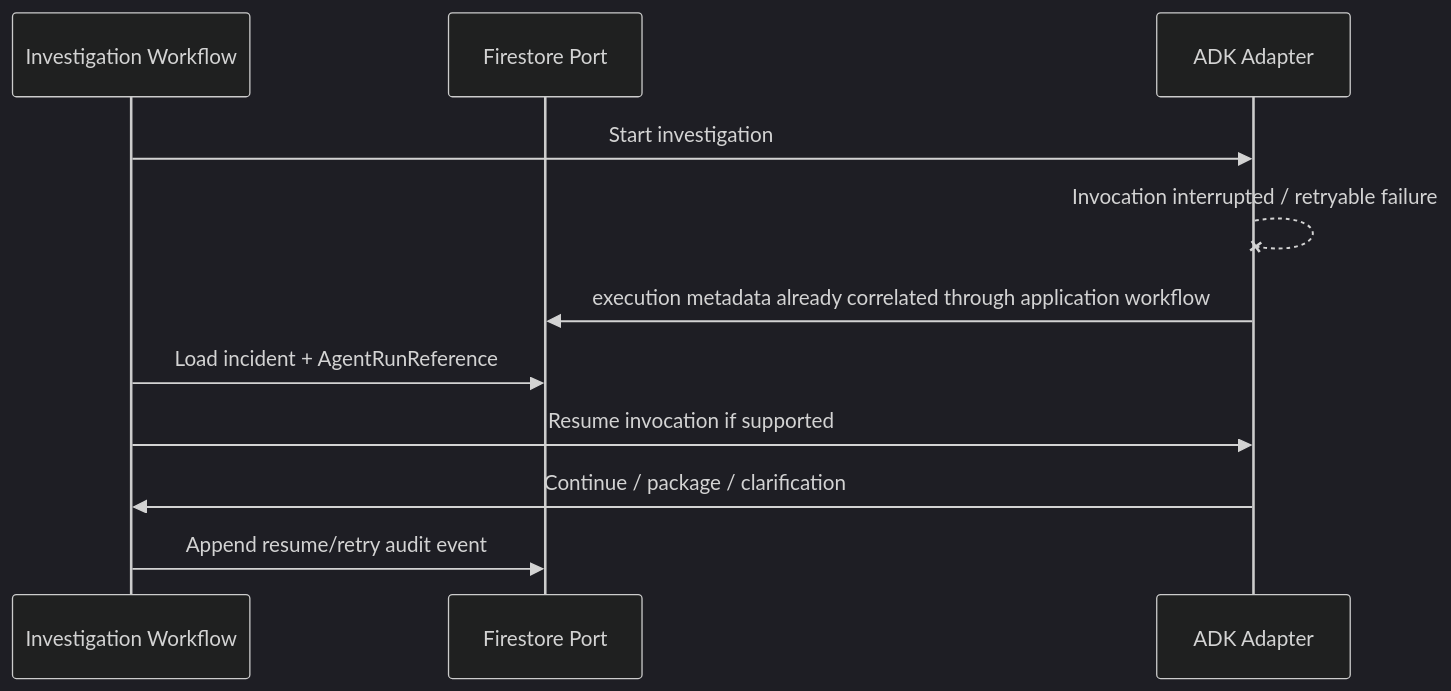
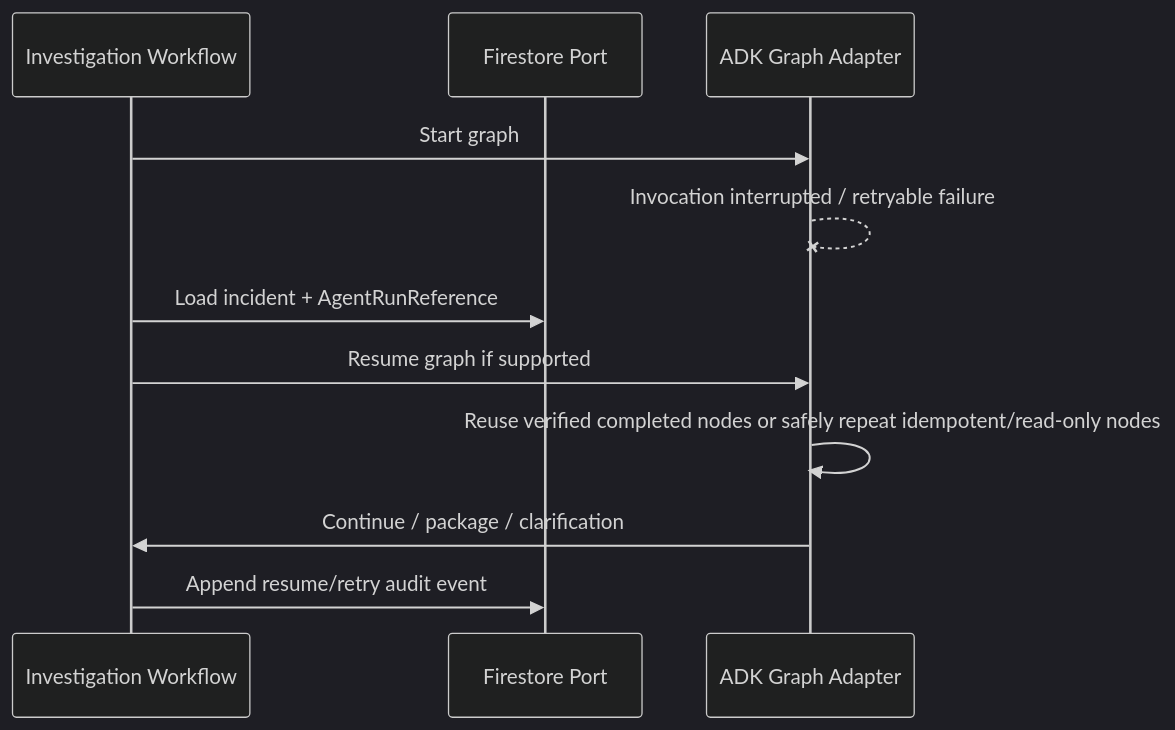
One commit to ronnielutaro/Ngabo-AMR-Surveillance changed the eighth of 11 diagrams in docs/SYSTEM_DESIGN.md. Above: the diagram before and after it, drawn with Mermaid (dark theme). The commit also changed other lines of this file, not shown here.

Commit message:
docs(architecture): show graph-first investigation design

````diff
--- a/docs/SYSTEM_DESIGN.md
+++ b/docs/SYSTEM_DESIGN.md
@@ -367,14 +449,14 @@
 ```mermaid
 sequenceDiagram
     participant App as Investigation Workflow
     participant Repo as Firestore Port
-    participant ADK as ADK Adapter
+    participant ADK as ADK Graph Adapter
 
-    App->>ADK: Start investigation
+    App->>ADK: Start graph
     ADK--xADK: Invocation interrupted / retryable failure
-    ADK->>Repo: execution metadata already correlated through application workflow
     App->>Repo: Load incident + AgentRunReference
-    App->>ADK: Resume invocation if supported
+    App->>ADK: Resume graph if supported
+    ADK->>ADK: Reuse verified completed nodes or safely repeat idempotent/read-only nodes
     ADK->>App: Continue / package / clarification
     App->>Repo: Append resume/retry audit event
 ```
````
